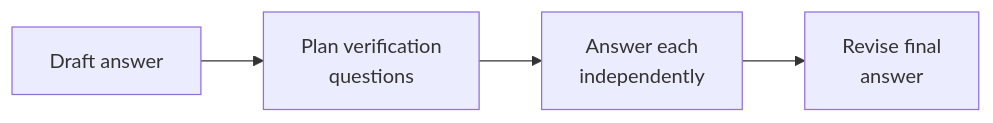
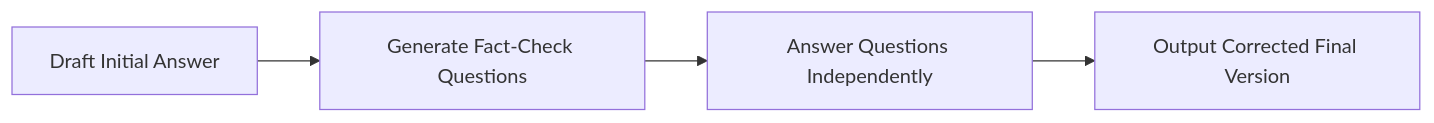
Before and after one commit to ABVicky/Prompt-Engineering-by-Vicky: the third of 3 diagrams in modules/05-reasoning-techniques.md, drawn with Mermaid. The commit also changed other lines of this file and 19 other files, not shown here.

````diff
--- a/modules/05-reasoning-techniques.md
+++ b/modules/05-reasoning-techniques.md
@@ -168,4 +188,4 @@
 ```mermaid
 flowchart LR
-    A["Draft answer"] --> B["Plan verification<br/>questions"] --> C["Answer each<br/>independently"] --> D["Revise final<br/>answer"]
+    A["Draft Initial Answer"] --> B["Generate Fact-Check Questions"] --> C["Answer Questions Independently"] --> D["Output Corrected Final Version"]
 ```
````
